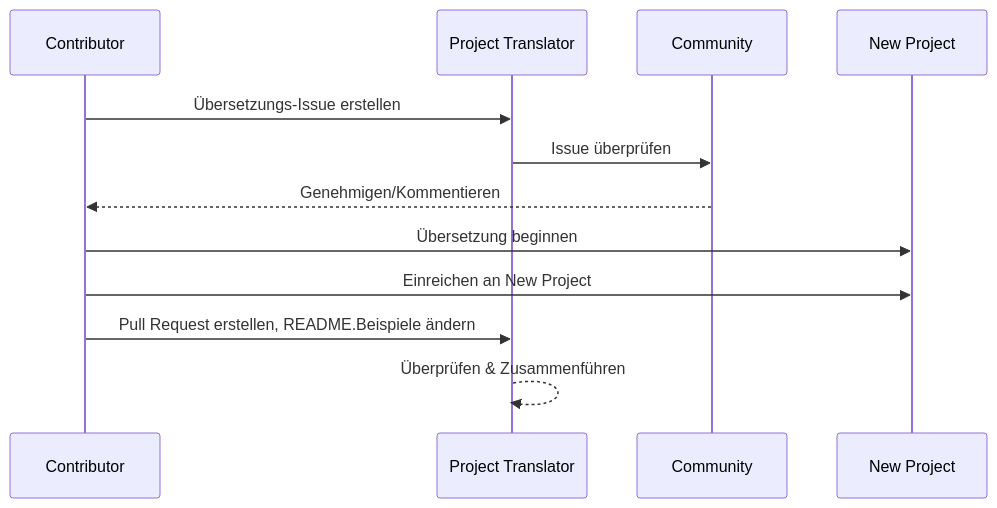
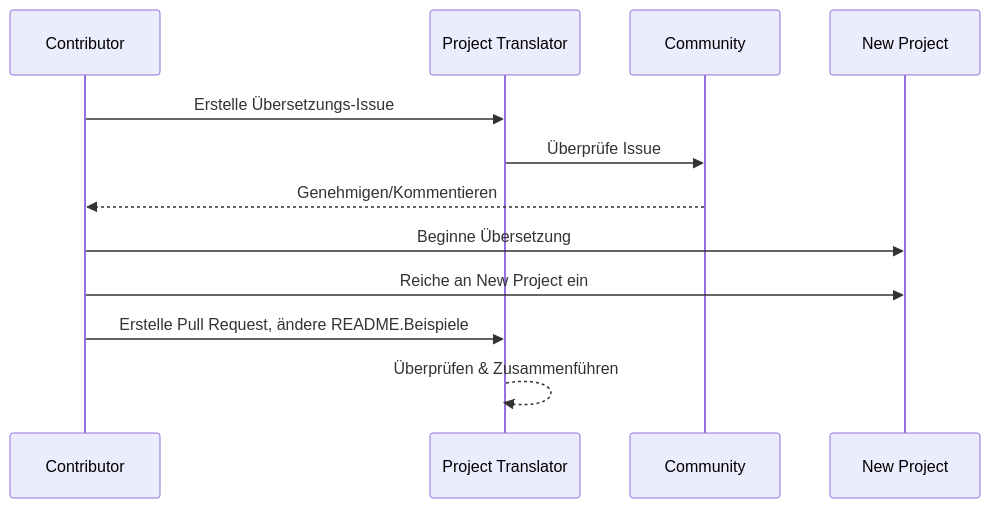
One commit to Project-Translation/project_translator changed the diagram in readmes/README.de-de.md. Above: the diagram before and after it, drawn with Mermaid. The commit also changed other lines of this file and 36 other files, not shown here.

````diff
--- a/readmes/README.de-de.md
+++ b/readmes/README.de-de.md
@@ -42,10 +42,10 @@
 ```mermaid
 sequenceDiagram
-  Contributor->>Project Translator: Übersetzungs-Issue erstellen
-  Project Translator->>Community: Issue überprüfen
+  Contributor->>Project Translator: Erstelle Übersetzungs-Issue
+  Project Translator->>Community: Überprüfe Issue
   Community-->>Contributor: Genehmigen/Kommentieren
-  Contributor->>New Project: Übersetzung beginnen
-  Contributor->>New Project: Einreichen an New Project
-  Contributor->>Project Translator: Pull Request erstellen, README.Beispiele ändern
+  Contributor->>New Project: Beginne Übersetzung
+  Contributor->>New Project: Reiche an New Project ein
+  Contributor->>Project Translator: Erstelle Pull Request, ändere README.Beispiele
   Project Translator-->>Project Translator: Überprüfen & Zusammenführen
 ```
````
